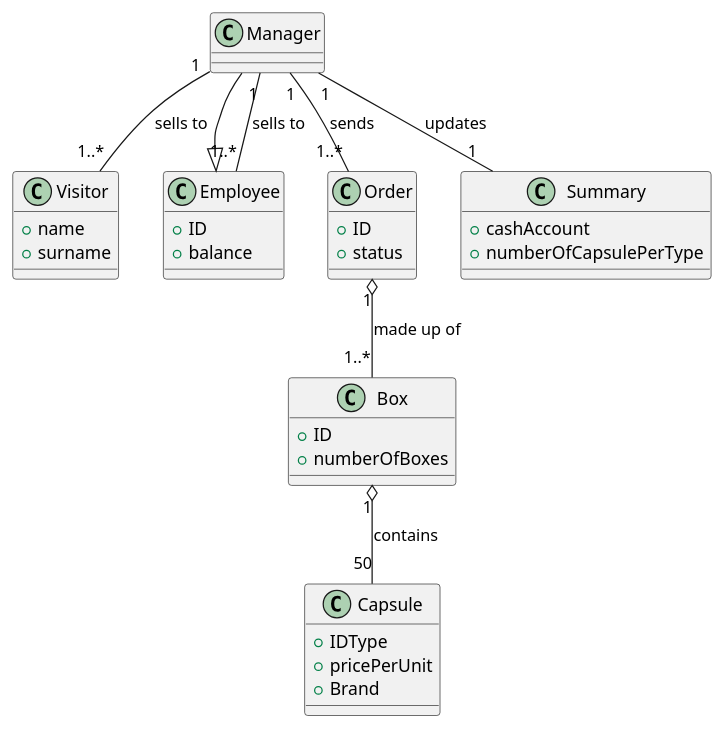
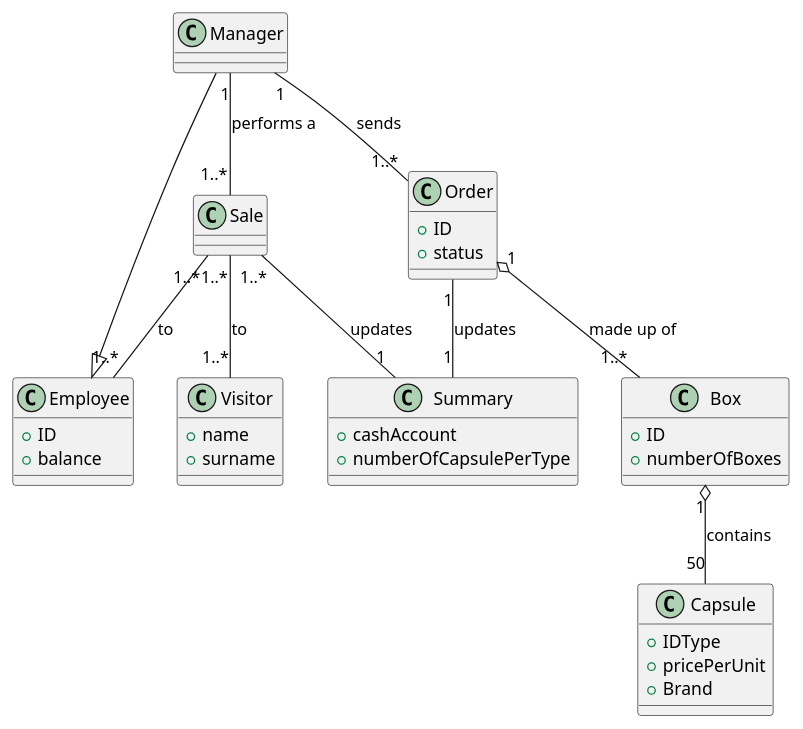
The third of 4 diagrams in templates/RequirementsTemplate.md (DarkSee/LaTazza), drawn with PlantUML before and after one commit.

Commit message:
Update Glossary

````diff
--- a/templates/RequirementsTemplate.md
+++ b/templates/RequirementsTemplate.md
@@ -381,42 +381,48 @@
 ```plantuml
 class Manager {
+}
+
+class Sale {
 }
 
 class Visitor {
   +name
   +surname
 }
 
 class Employee {
   +ID
   +balance
 }
 class Capsule {
   +IDType
   +pricePerUnit
   +Brand
 }
 
 class Box {
   +ID
   +numberOfBoxes
 }
 
 class Order{
   +ID
   +status
 }
 
 class Summary {
    +cashAccount
    +numberOfCapsulePerType
 }
 
 Manager --|> Employee
 Box "1" o-- "50" Capsule : contains
 Order "1" o-- "1..*" Box : made up of
 Manager "1" -- "1..*" Order : sends
-Manager "1" -- "1..*" Visitor : sells to
-Manager "1" -- "1..*" Employee : sells to
-Manager "1" -- "1" Summary : updates
+Manager "1" -- "1..*" Sale : performs a
+Sale "1..*" -- "1..*" Visitor : to
+Sale "1..*" -- "1..*" Employee : to
+Order "1" -- "1" Summary : updates
+Sale "1..*" -- "1" Summary : updates
+
 ```
````
